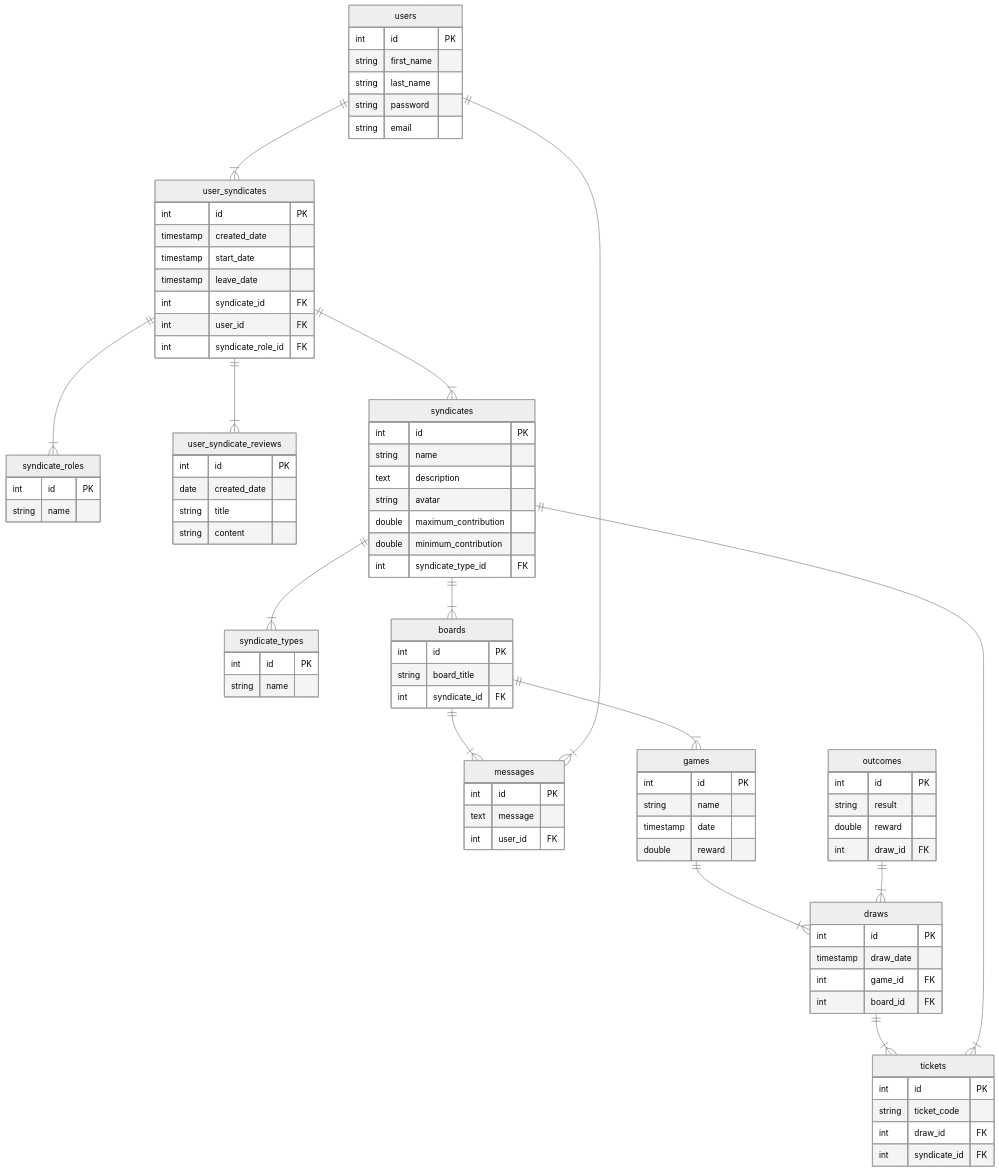
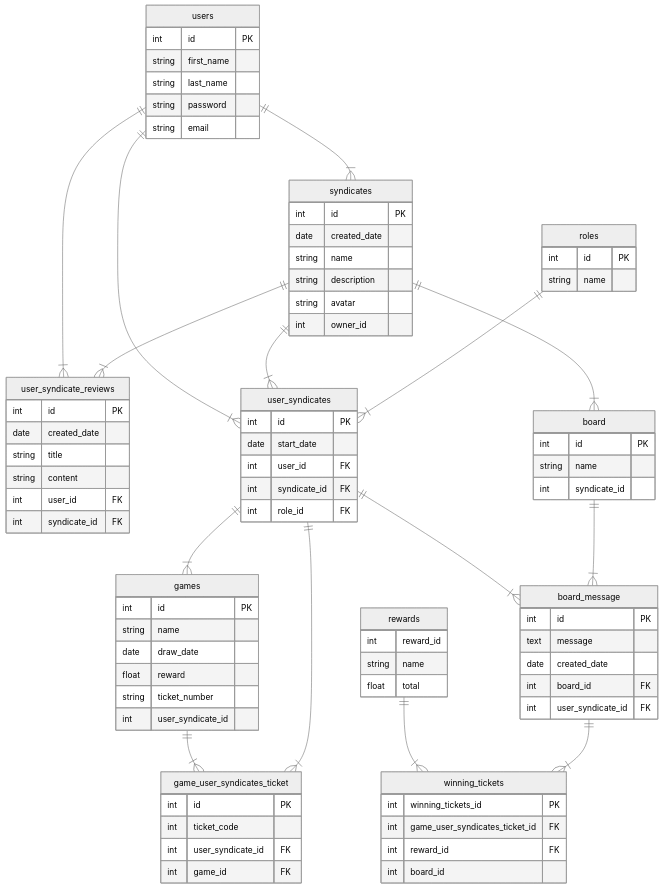
The second of 2 diagrams in README.md (Thomasmckee123/lottosyndicatemanager), drawn with Mermaid (neutral theme) before and after one commit. The commit also changed other lines of this file, not shown here.

````diff
--- a/README.md
+++ b/README.md
@@ -126,103 +126,95 @@
 ```mermaid
 erDiagram
+users ||--|{ user_syndicate_reviews : ""
 users ||--|{ user_syndicates : ""
-user_syndicates ||--|{syndicate_roles : ""
-user_syndicates ||--|{user_syndicate_reviews : ""
-user_syndicates ||--|{syndicates : ""
-syndicates ||--|{ syndicate_types : ""
-syndicates ||--|{ boards : ""
-boards ||--|{ messages : ""
-games ||--|{ draws : ""
-outcomes ||--|{draws: ""
-boards ||--|{games : ""
-draws ||--|{tickets: ""
-users ||--|{ messages: ""
-syndicates||--|{ tickets: ""
+users ||--|{ syndicates : ""
+syndicates ||--|{ user_syndicate_reviews : ""
+syndicates||--|{user_syndicates : ""
+syndicates ||--|{board : ""
+roles ||--|{ user_syndicates : ""
+games ||--|{ game_user_syndicates_ticket: ""
+user_syndicates ||--|{ game_user_syndicates_ticket: ""
+user_syndicates ||--|{ board_message: ""
+user_syndicates ||--|{ games: ""
+board ||--|{ board_message : "" 
+rewards ||--|{ winning_tickets :""
+board_message ||--|{ winning_tickets: ""
 users{
-    int id PK
-    string first_name
-    string last_name
-    string password
-    string email
+int id PK
+string first_name 
+string last_name
+string password
+string email
 
 }
 
+user_syndicate_reviews{
+    int id PK
+    date created_date 
+    string title 
+    string content
+    int user_id FK
+    int syndicate_id FK
+
+}
 user_syndicates{
     int id PK
-    timestamp created_date
-    timestamp start_date
-    timestamp leave_date
+    date start_date
+    int user_id FK
     int syndicate_id FK
-    int user_id FK
-    int syndicate_role_id FK
+    int role_id FK
 }
 
-syndicate_roles{
+roles{
     int id PK
     string name
-
 }
 
 syndicates{
     int id PK
+    date created_date
     string name 
-    text description
+    string description
     string avatar
-    double maximum_contribution
-    double minimum_contribution
-   int syndicate_type_id FK
+    int owner_id
 }
-syndicate_types{
-    int id PK
-    string name
-}
-user_syndicate_reviews{
-    int id PK
-    date created_date
-    string title
-    string content
-    
-
-}
-
-
-
 games{
     int id PK
     string name 
-    timestamp date
-    double reward
-}
-boards{
-    int id PK
-    string board_title
-    int syndicate_id FK 
+    date draw_date
+    float reward
+    string ticket_number
+    int user_syndicate_id
     
 }
-tickets{
+game_user_syndicates_ticket{
     int id PK
-    
-    string ticket_code
-    int draw_id FK
-    int syndicate_id FK
-
+    int ticket_code
+    int user_syndicate_id FK
+    int game_id FK
 }
-messages{
+board{
+    int id PK
+    string name 
+    int syndicate_id 
+}
+board_message{
     int id PK
     text message
-    int user_id FK
+    date created_date
+    int board_id FK
+    int user_syndicate_id FK
 }
-
-draws{
-    int id PK
-    timestamp draw_date
-    int game_id FK
-    int board_id FK
+winning_tickets{
+    int winning_tickets_id PK
+    int game_user_syndicates_ticket_id FK
+    int  reward_id FK
+    int board_id
 }
-outcomes{
-    int id PK
-    string result 
-    double reward
-    int draw_id FK
+rewards{
+    int reward_id
+    string name
+    float total
+    
 }
 ```
````
